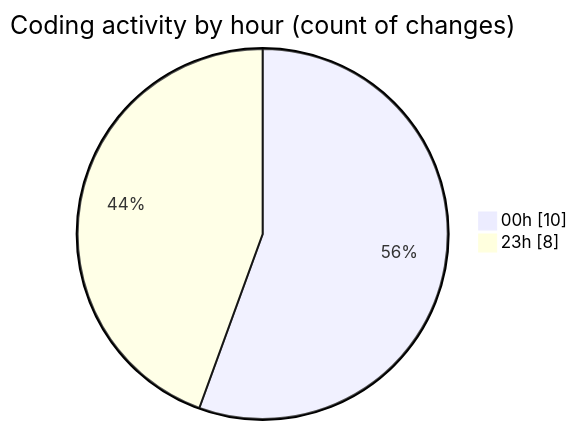
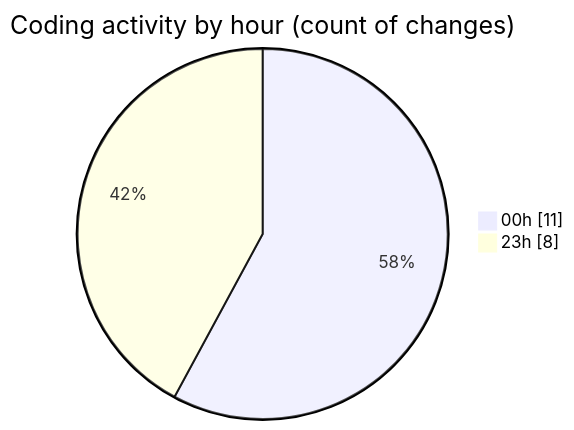
Before and after one commit to julien-gomy/code-tracking: the second of 2 diagrams in 2025-11-18/cdp_aleoudev_fr__workspace_/README.md, drawn with Mermaid. The commit also changed other lines of this file and 1 other file, not shown here.

````diff
--- a/2025-11-18/cdp_aleoudev_fr__workspace_/README.md
+++ b/2025-11-18/cdp_aleoudev_fr__workspace_/README.md
@@ -33,6 +33,6 @@
 ```mermaid
 pie showData
 title Coding activity by hour (count of changes)
-"00h" : 10
+"00h" : 11
 "23h" : 8
 ```
````
